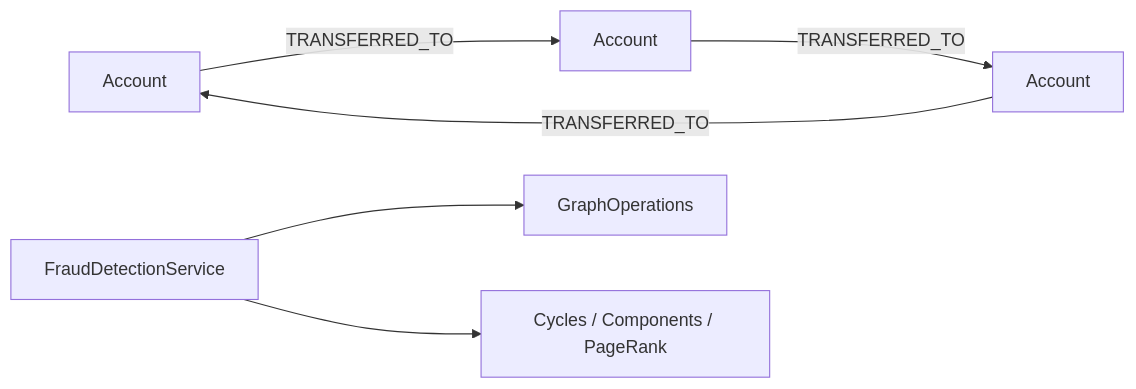
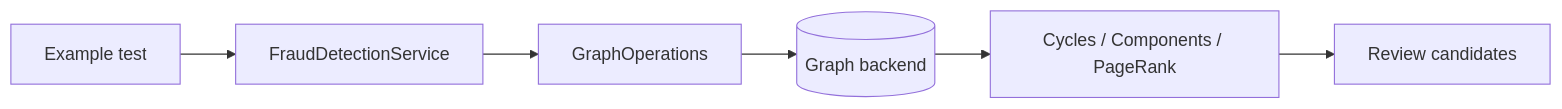
Before and after one commit to bluetape4k/bluetape4k-graph: the first of 3 diagrams in examples/fraud-detection-examples/README.ko.md, drawn with Mermaid. The commit also changed other lines of this file and 6 other files, not shown here.

First line of the commit message:
docs: make domain graph examples easier to learn

````diff
--- a/examples/fraud-detection-examples/README.ko.md
+++ b/examples/fraud-detection-examples/README.ko.md
@@ -9,8 +33,8 @@
 ```mermaid
 flowchart LR
-    AccountA[Account] -->|TRANSFERRED_TO| AccountB[Account]
-    AccountB -->|TRANSFERRED_TO| AccountC[Account]
-    AccountC -->|TRANSFERRED_TO| AccountA
-    Service[FraudDetectionService] --> Ops[GraphOperations]
-    Service --> Analytics[Cycles / Components / PageRank]
+    Test[Example test] --> Service[FraudDetectionService]
+    Service --> Ops[GraphOperations]
+    Ops --> Backend[(Graph backend)]
+    Backend --> Analytics[Cycles / Components / PageRank]
+    Analytics --> Findings[Review candidates]
 ```
````
